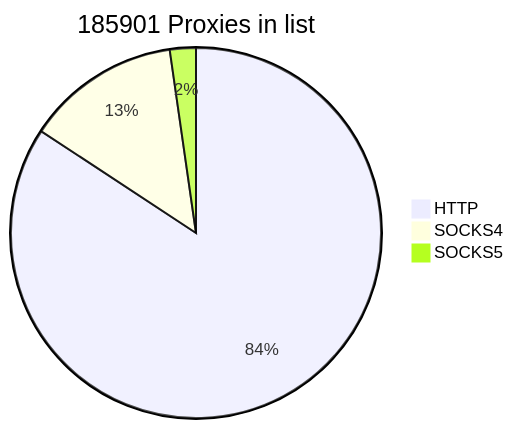
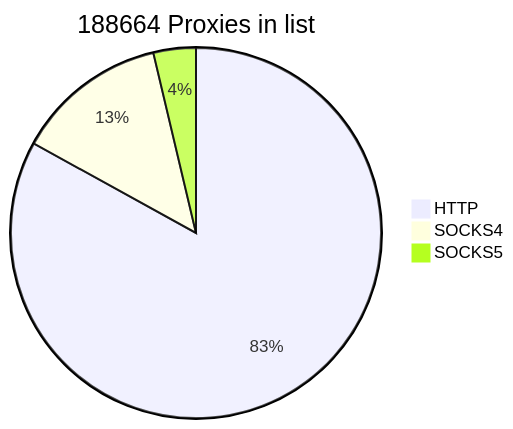
The first of 2 diagrams in README.md (cutipu/proxylist), drawn with Mermaid before and after one commit. The commit also changed other lines of this file, not shown here.

````diff
--- a/README.md
+++ b/README.md
@@ -2,7 +2,7 @@
 ```mermaid
-pie title 185901 Proxies in list
+pie title 188664 Proxies in list
     "HTTP" : 156635
     "SOCKS4" : 25045
-    "SOCKS5" : 4221
+    "SOCKS5" : 6984
             
 ```
````
